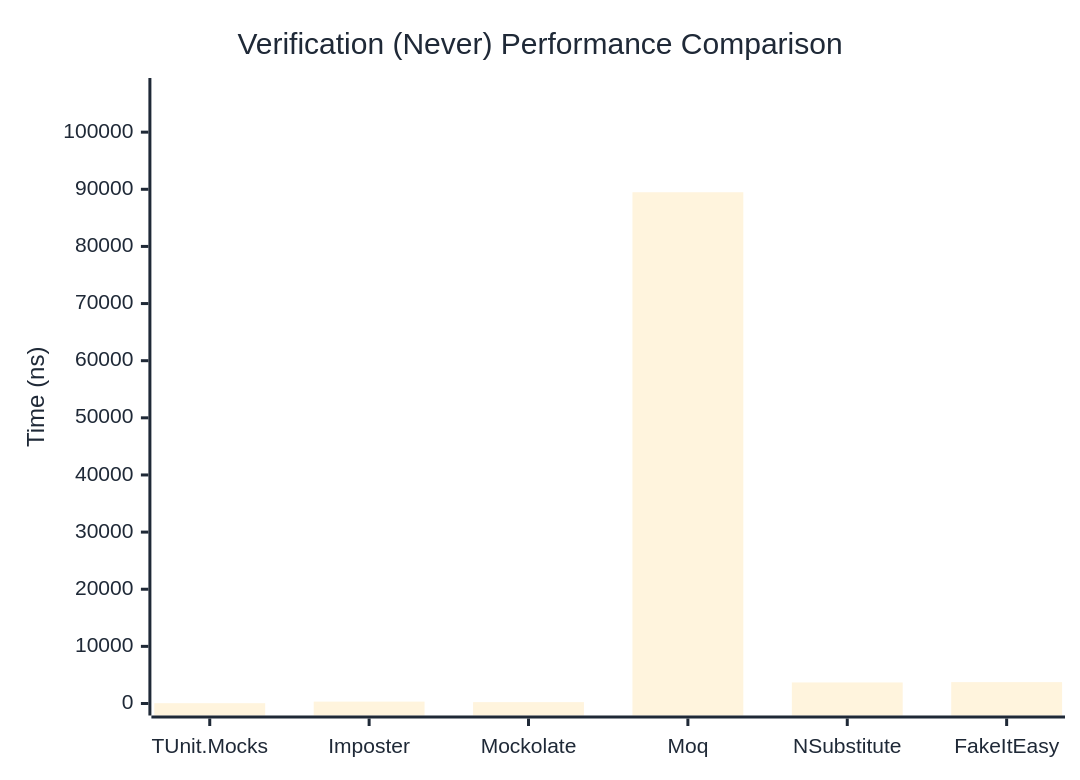
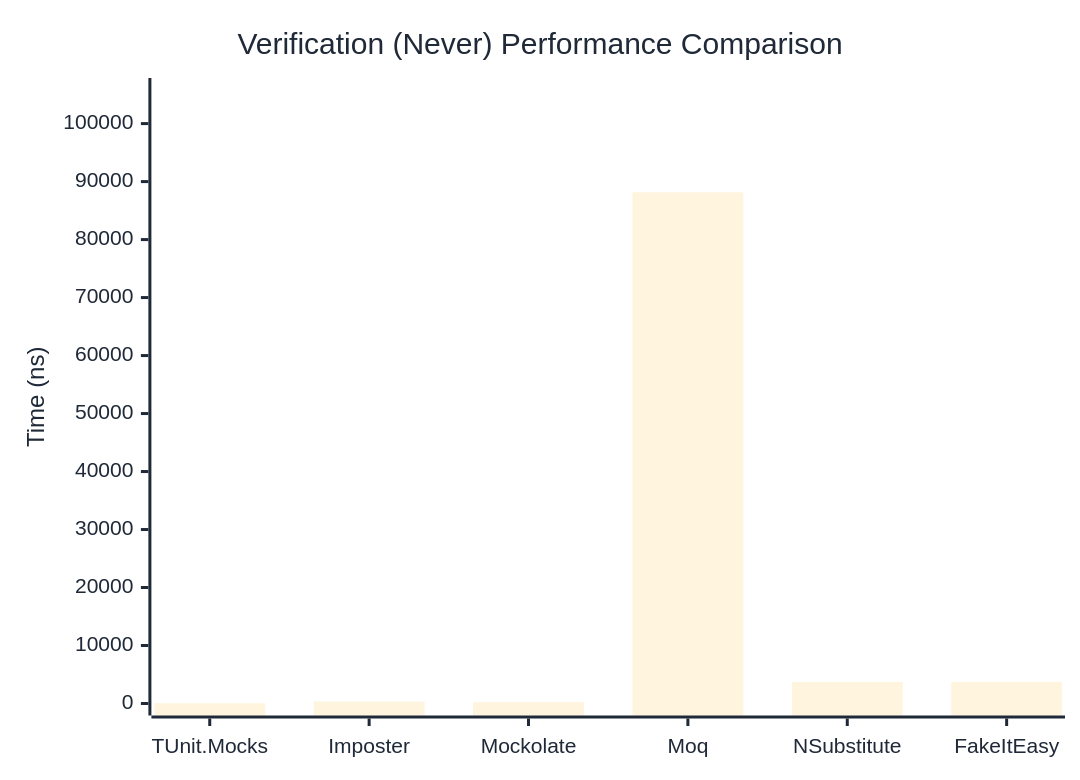
Before and after one commit to thomhurst/TUnit: the second of 3 diagrams in docs/docs/benchmarks/mocks/Verification.md, drawn with Mermaid. The commit also changed other lines of this file and 14 other files, not shown here.

````diff
--- a/docs/docs/benchmarks/mocks/Verification.md
+++ b/docs/docs/benchmarks/mocks/Verification.md
@@ -71,27 +71,27 @@
 ```mermaid
 %%{init: {
   'theme':'base',
   'themeVariables': {
     'primaryColor': '#2563eb',
     'primaryTextColor': '#1f2937',
     'primaryBorderColor': '#1e40af',
     'lineColor': '#6b7280',
     'secondaryColor': '#7c3aed',
     'tertiaryColor': '#dc2626',
     'background': '#ffffff',
     'pie1': '#2563eb',
     'pie2': '#7c3aed',
     'pie3': '#dc2626',
     'pie4': '#f59e0b',
     'pie5': '#10b981',
     'pie6': '#06b6d4',
     'pie7': '#ec4899',
     'pie8': '#6366f1'
   }
 }}%%
 xychart-beta
   title "Verification (Never) Performance Comparison"
   x-axis ["TUnit.Mocks", "Imposter", "Mockolate", "Moq", "NSubstitute", "FakeItEasy"]
-  y-axis "Time (ns)" 0 --> 107378
-  bar [53.11, 327.5, 238.44, 89481.37, 3686.23, 3739.49]
+  y-axis "Time (ns)" 0 --> 105794
+  bar [54.55, 332.38, 231.82, 88161.09, 3713.99, 3722.62]
 ```
````
